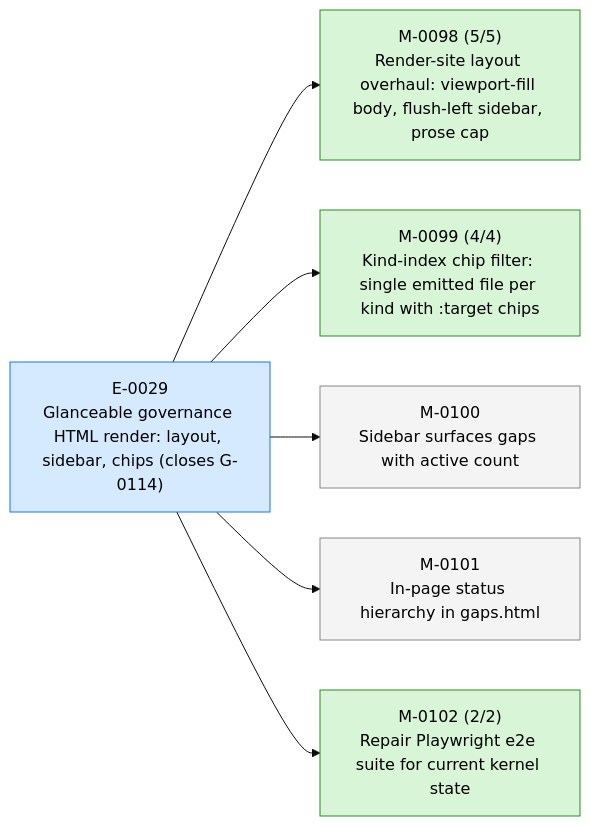
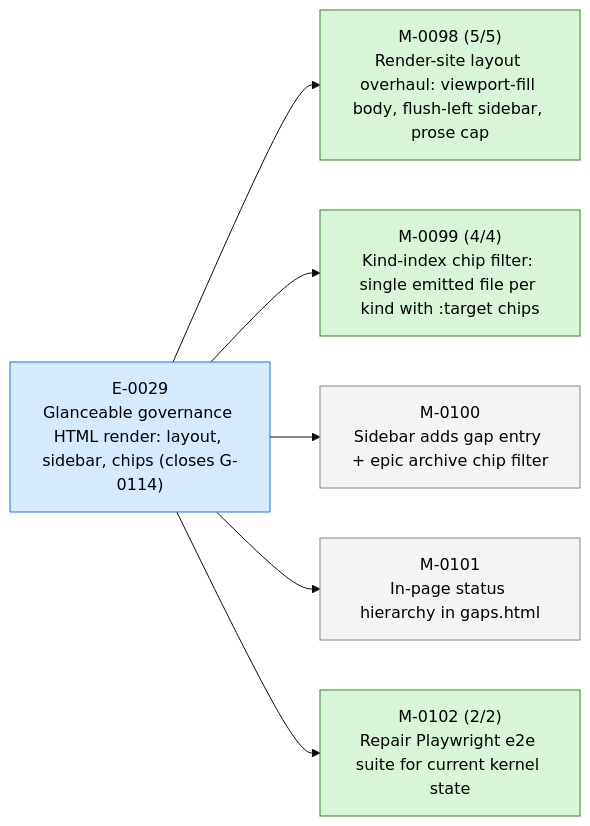
One commit to 23min/aiwf changed the first of 3 diagrams in STATUS.md. Above: the diagram before and after it, drawn with Mermaid (base theme). The commit also changed other lines of this file and 1 other file, not shown here.

First line of the commit message:
aiwf retitle M-0100 -> "Sidebar adds gap entry + epic archive chip filter"

````diff
--- a/STATUS.md
+++ b/STATUS.md
@@ -17,20 +17,20 @@
 ```mermaid
 flowchart LR
   E_0029["E-0029<br/>Glanceable governance HTML render: layout, sidebar, chips (closes G-0114)"]:::epic_active
   M_0098["M-0098 (5/5)<br/>Render-site layout overhaul: viewport-fill body, flush-left sidebar, prose cap"]:::ms_done
   E_0029 --> M_0098
   M_0099["M-0099 (4/4)<br/>Kind-index chip filter: single emitted file per kind with :target chips"]:::ms_done
   E_0029 --> M_0099
-  M_0100["M-0100<br/>Sidebar surfaces gaps with active count"]:::ms_draft
+  M_0100["M-0100<br/>Sidebar adds gap entry + epic archive chip filter"]:::ms_draft
   E_0029 --> M_0100
   M_0101["M-0101<br/>In-page status hierarchy in gaps.html"]:::ms_draft
   E_0029 --> M_0101
   M_0102["M-0102 (2/2)<br/>Repair Playwright e2e suite for current kernel state"]:::ms_done
   E_0029 --> M_0102
   classDef epic_active fill:#d6eaff,stroke:#1a73e8,color:#000
   classDef epic_proposed fill:#f4f4f4,stroke:#888,color:#000
   classDef ms_done fill:#d8f5d8,stroke:#2a8a2a,color:#000
   classDef ms_in_progress fill:#fff3c4,stroke:#caa400,color:#000
   classDef ms_draft fill:#f4f4f4,stroke:#888,color:#000
   classDef ms_cancelled fill:#fbeaea,stroke:#c33,color:#000
 ```
````
